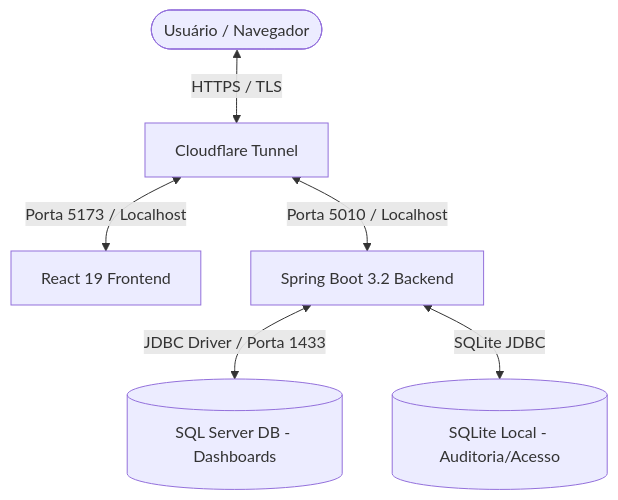
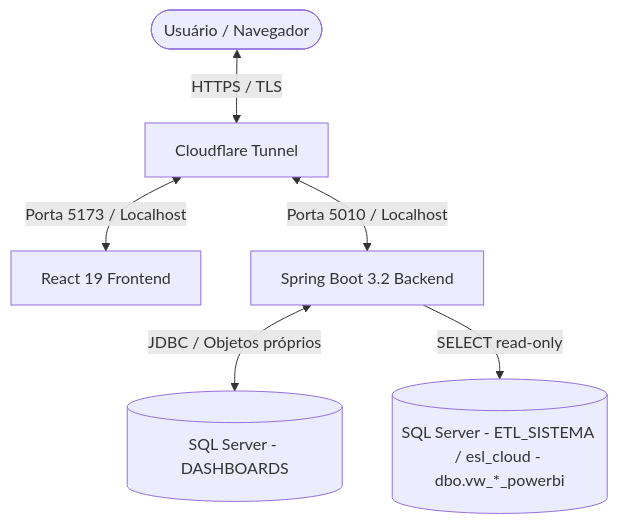
Before and after one commit to Dev-Rodogarcia/dashboards-etl: the diagram in README.md, drawn with Mermaid. The commit also changed other lines of this file and 81 other files, not shown here.

````diff
--- a/README.md
+++ b/README.md
@@ -13,8 +15,8 @@
 ```mermaid
 graph TD
     User([Usuário / Navegador]) <-->|HTTPS / TLS| Cloudflare[Cloudflare Tunnel]
     Cloudflare <-->|Porta 5173 / Localhost| ReactUI[React 19 Frontend]
     Cloudflare <-->|Porta 5010 / Localhost| SpringBoot[Spring Boot 3.2 Backend]
-    SpringBoot <-->|JDBC Driver / Porta 1433| SQLServer[(SQL Server DB - Dashboards)]
-    SpringBoot <-->|SQLite JDBC| SQLiteLocal[(SQLite Local - Auditoria/Acesso)]
+    SpringBoot <-->|JDBC / Objetos próprios| DashboardDB[(SQL Server - DASHBOARDS)]
+    SpringBoot -->|SELECT read-only| ETLViews[(SQL Server - ETL_SISTEMA / esl_cloud - dbo.vw_*_powerbi)]
 ```
````
